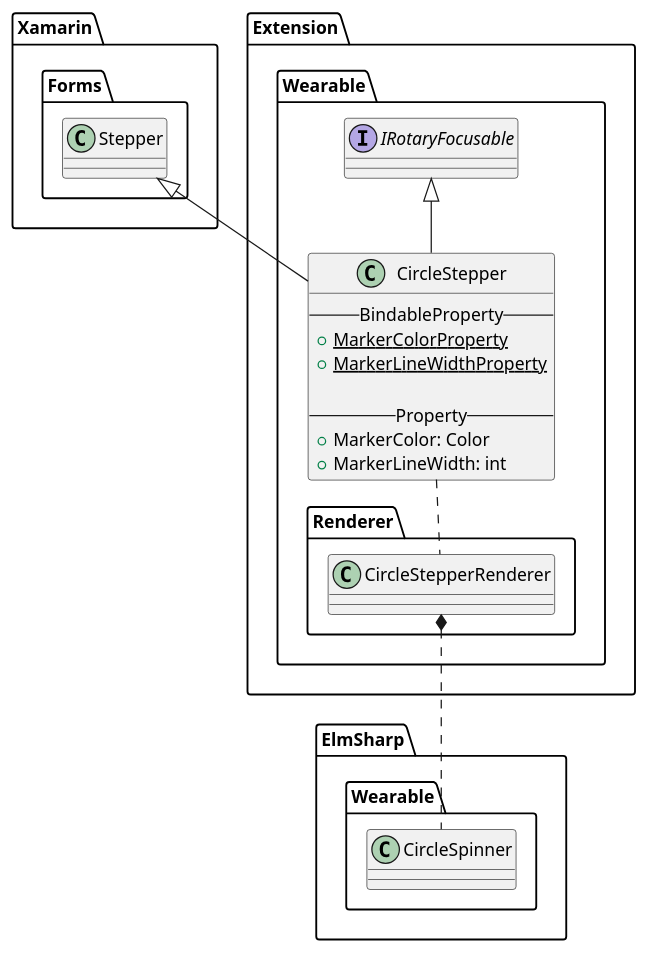
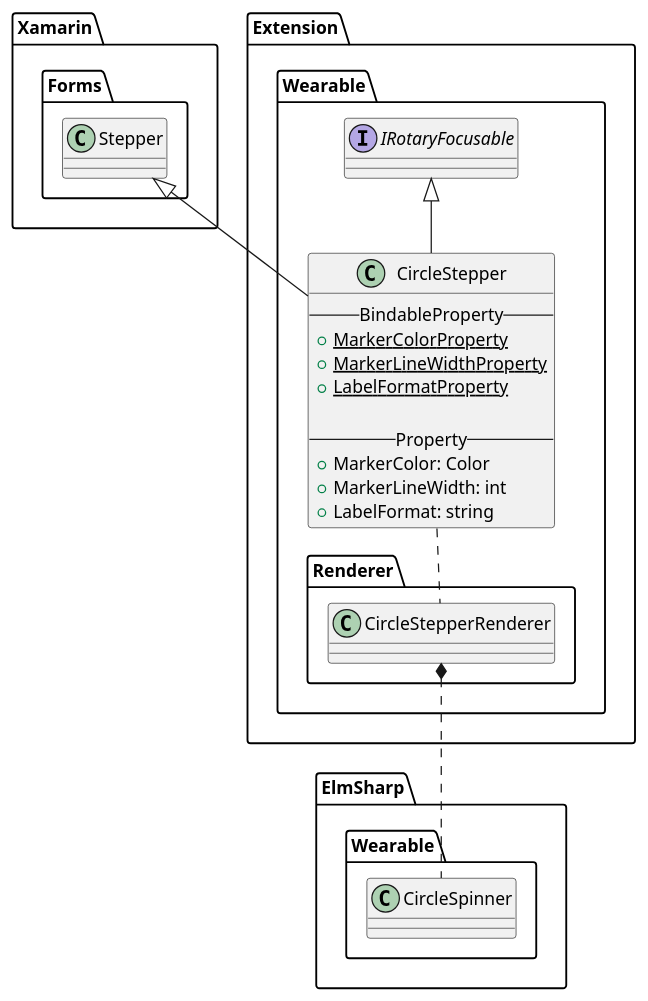
Diagram 12 of 17 in doc/design/uml/CirclePage.wsd (Samsung/Tizen.CircularUI), drawn with PlantUML before and after one commit. The commit also changed 6 other files, not shown here.

Commit message:
[CircleStepper] add LabelFormat on document (#48)

```diff
--- a/doc/design/uml/CirclePage.wsd
+++ b/doc/design/uml/CirclePage.wsd
@@ -357,32 +357,34 @@
 @startuml CircleStepper.png
 
 package "Xamarin.Forms" {
     class Stepper
 }
 
 package "Extension.Wearable" {
     interface IRotaryFocusable
     class CircleStepper {
         --BindableProperty--
         {static} +MarkerColorProperty
         {static} +MarkerLineWidthProperty
+        {static} +LabelFormatProperty
 
         --Property--
         +MarkerColor: Color
         +MarkerLineWidth: int
+        +LabelFormat: string
     }
 
     CircleStepper -u-|> Stepper
     CircleStepper -u-|> IRotaryFocusable
 }
 
 package "Extension.Wearable.Renderer" {
     class CircleStepperRenderer
     CircleStepperRenderer .u. CircleStepper
 }
 
 package "ElmSharp.Wearable" {
     class CircleSpinner
     CircleStepperRenderer *.d. CircleSpinner
 }
 @enduml
```
